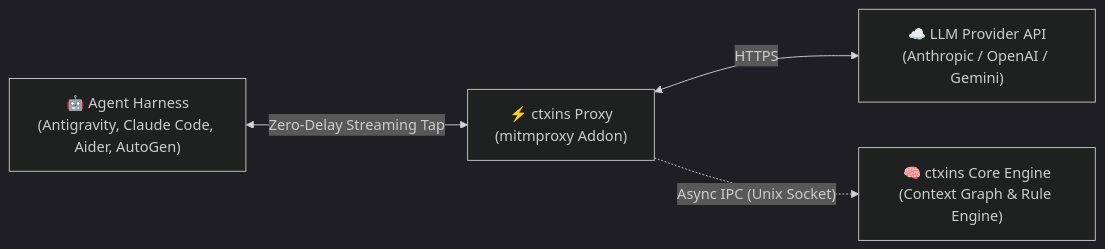
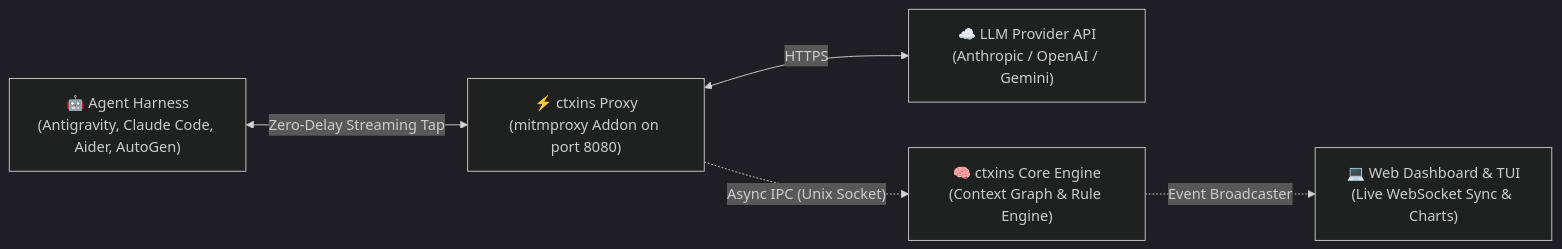
Before and after one commit to arnabkaycee/ctxins: the diagram in README.md, drawn with Mermaid (dark theme). The commit also changed other lines of this file, not shown here.

Commit message:
docs(readme): update test metrics, cli options, proxy lifecycle, and json viewer docs

````diff
--- a/README.md
+++ b/README.md
@@ -15,11 +15,13 @@
 ```mermaid
 flowchart LR
     Agent["🤖 Agent Harness\n(Antigravity, Claude Code, Aider, AutoGen)"]
-    Proxy["⚡ ctxins Proxy\n(mitmproxy Addon)"]
+    Proxy["⚡ ctxins Proxy\n(mitmproxy Addon on port 8080)"]
     LLM["☁️ LLM Provider API\n(Anthropic / OpenAI / Gemini)"]
     Core["🧠 ctxins Core Engine\n(Context Graph & Rule Engine)"]
+    UI["💻 Web Dashboard & TUI\n(Live WebSocket Sync & Charts)"]
 
     Agent <-->|"Zero-Delay Streaming Tap"| Proxy
     Proxy <-->|"HTTPS"| LLM
     Proxy -.->|"Async IPC (Unix Socket)"| Core
+    Core -.->|"Event Broadcaster"| UI
 ```
````
